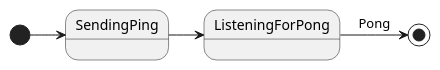
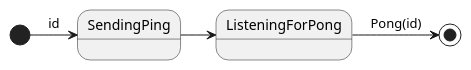
One commit to peterpaul/kafka-ping-stm changed the second of 3 diagrams in README.org. Above: the diagram before and after it, drawn with PlantUML. The commit also changed 2 other files, not shown here.

Commit message:
Read ping id from cmdline args, wait for pong with that same id

```diff
--- a/README.org
+++ b/README.org
@@ -33,5 +33,5 @@
 #+begin_src plantuml :file ping.svg
-  [*] -> SendingPing
+  [*] -> SendingPing: id
   SendingPing -> ListeningForPong
-  ListeningForPong -> [*]: Pong
+  ListeningForPong -> [*]: Pong(id)
 #+end_src
```
